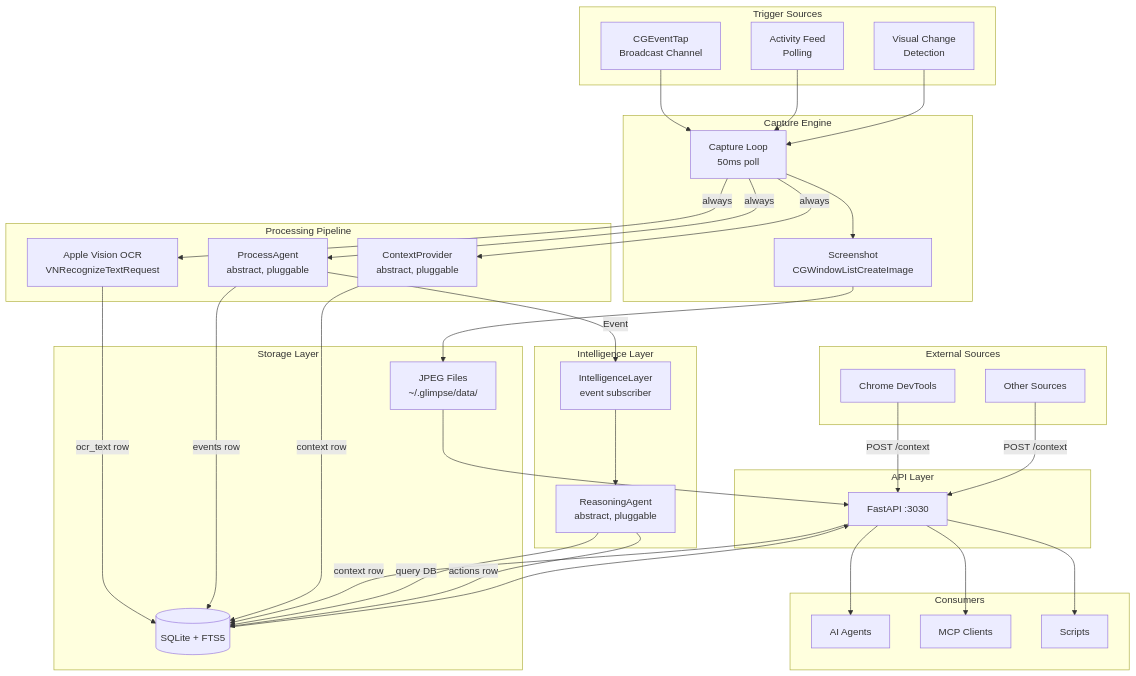
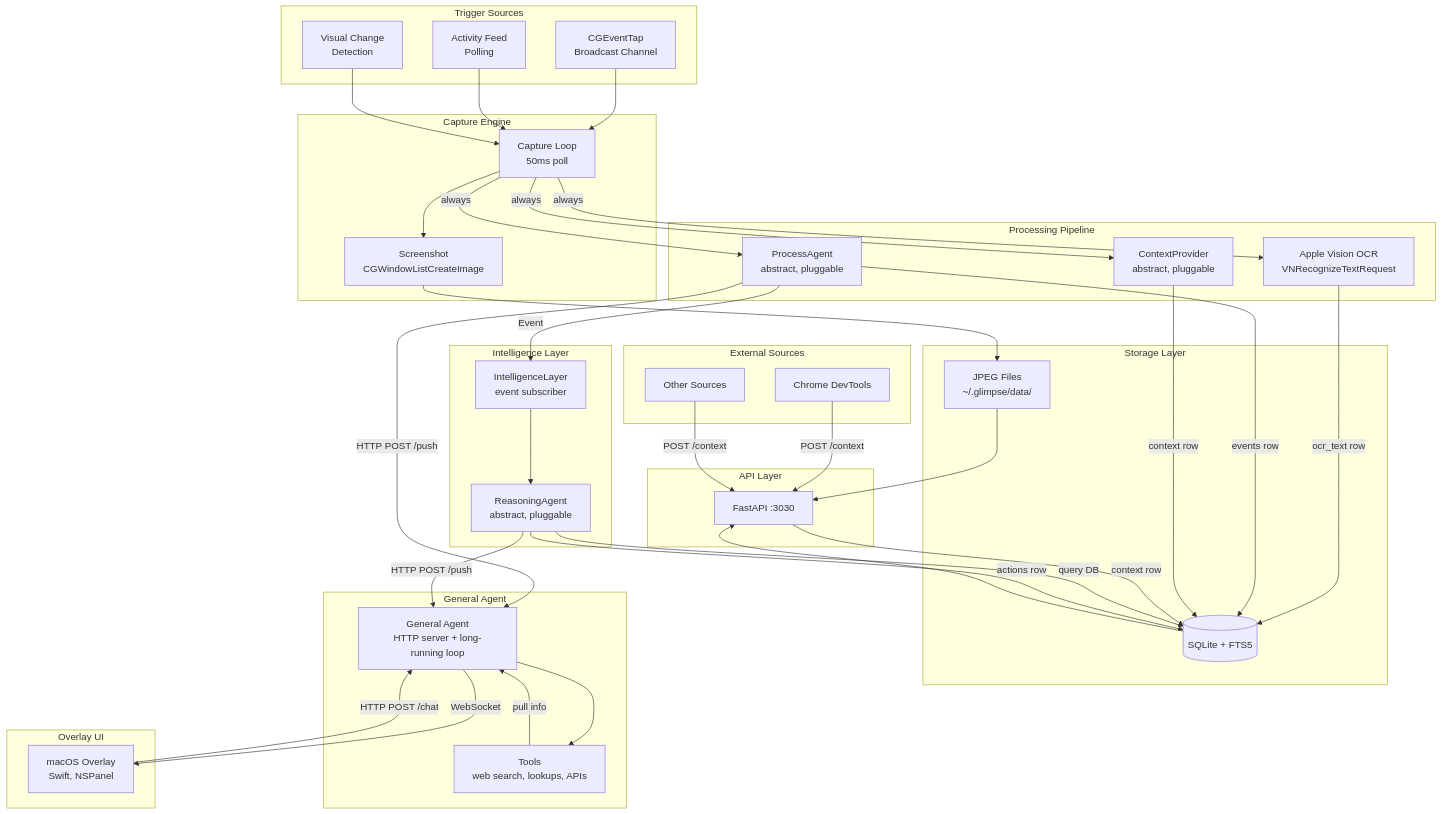
The first of 3 diagrams in spec.md (afflictixn/glimpse), drawn with Mermaid before and after one commit. The commit also changed other lines of this file and 1 other file, not shown here.

First line of the commit message:
Add general agent to architecture spec

````diff
--- a/spec.md
+++ b/spec.md
@@ -77,70 +78,77 @@
 ```mermaid
 flowchart TB
     subgraph triggers [Trigger Sources]
         BC[CGEventTap\nBroadcast Channel]
         AF[Activity Feed\nPolling]
         VD[Visual Change\nDetection]
     end
 
     subgraph capture [Capture Engine]
         CL[Capture Loop\n50ms poll]
         SC[Screenshot\nCGWindowListCreateImage]
     end
 
     subgraph processing [Processing Pipeline]
         OCR[Apple Vision OCR\nVNRecognizeTextRequest]
         PA[ProcessAgent\nabstract, pluggable]
         CP[ContextProvider\nabstract, pluggable]
     end
 
     subgraph external [External Sources]
         CDT[Chrome DevTools]
         OTH[Other Sources]
     end
 
     subgraph storage [Storage Layer]
         DB[(SQLite + FTS5)]
         FS[JPEG Files\n~/.glimpse/data/]
     end
 
     subgraph api [API Layer]
         FA[FastAPI :3030]
     end
 
     subgraph intelligence [Intelligence Layer]
         IL[IntelligenceLayer\nevent subscriber]
         RA[ReasoningAgent\nabstract, pluggable]
     end
 
-    subgraph consumers [Consumers]
-        AG1[AI Agents]
-        AG2[MCP Clients]
-        AG3[Scripts]
+    subgraph general [General Agent]
+        GA[General Agent\nHTTP server + long-running loop]
+        TL[Tools\nweb search, lookups, APIs]
+    end
+
+    subgraph overlay [Overlay UI]
+        OV[macOS Overlay\nSwift, NSPanel]
     end
 
     BC --> CL
     AF --> CL
     VD --> CL
     CL --> SC
     CL -->|"always"| OCR
     CL -->|"always"| PA
     CL -->|"always"| CP
     OCR -->|"ocr_text row"| DB
     PA -->|"events row"| DB
     CP -->|"context row"| DB
     SC --> FS
     CDT -->|"POST /context"| FA
     OTH -->|"POST /context"| FA
     FA -->|"context row"| DB
 
     PA -->|"Event"| IL
     IL --> RA
     RA -->|"query DB"| DB
     RA -->|"actions row"| DB
 
+    PA -->|"HTTP POST /push"| GA
+    RA -->|"HTTP POST /push"| GA
+    GA --> TL
+    TL -->|"pull info"| GA
+    GA -->|"WebSocket"| OV
+    OV -->|"HTTP POST /chat"| GA
+
     DB --> FA
     FS --> FA
-    FA --> AG1
-    FA --> AG2
-    FA --> AG3
 ```
````
